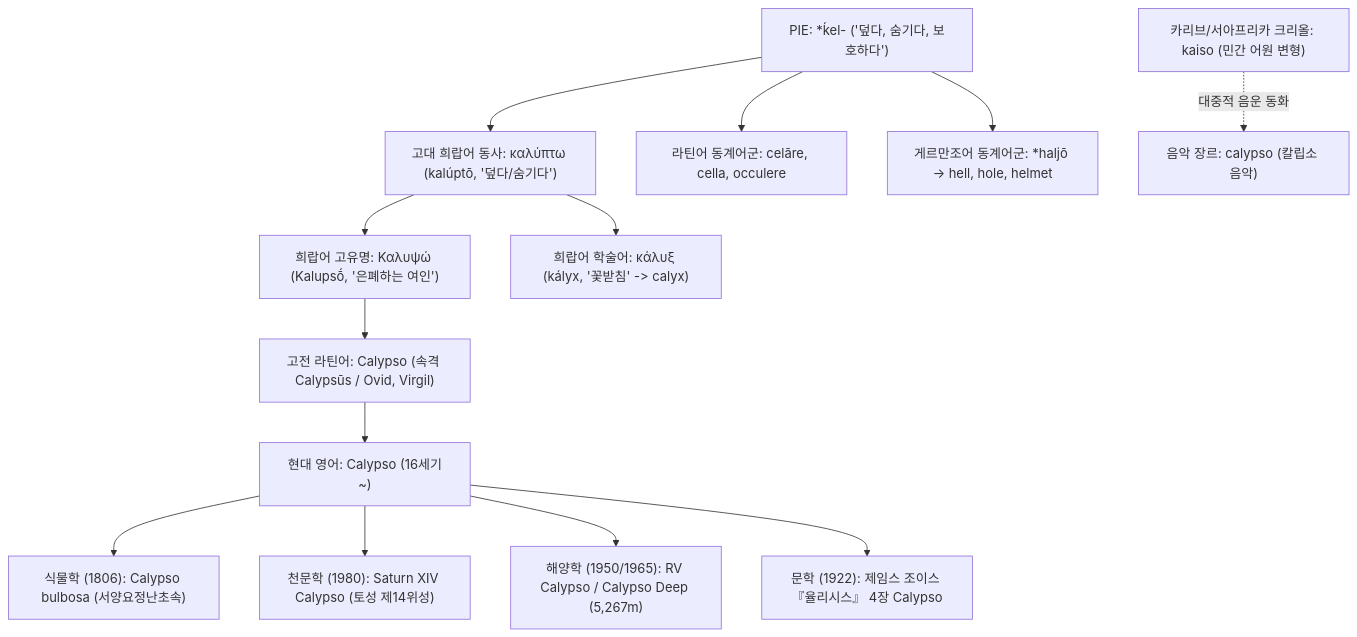
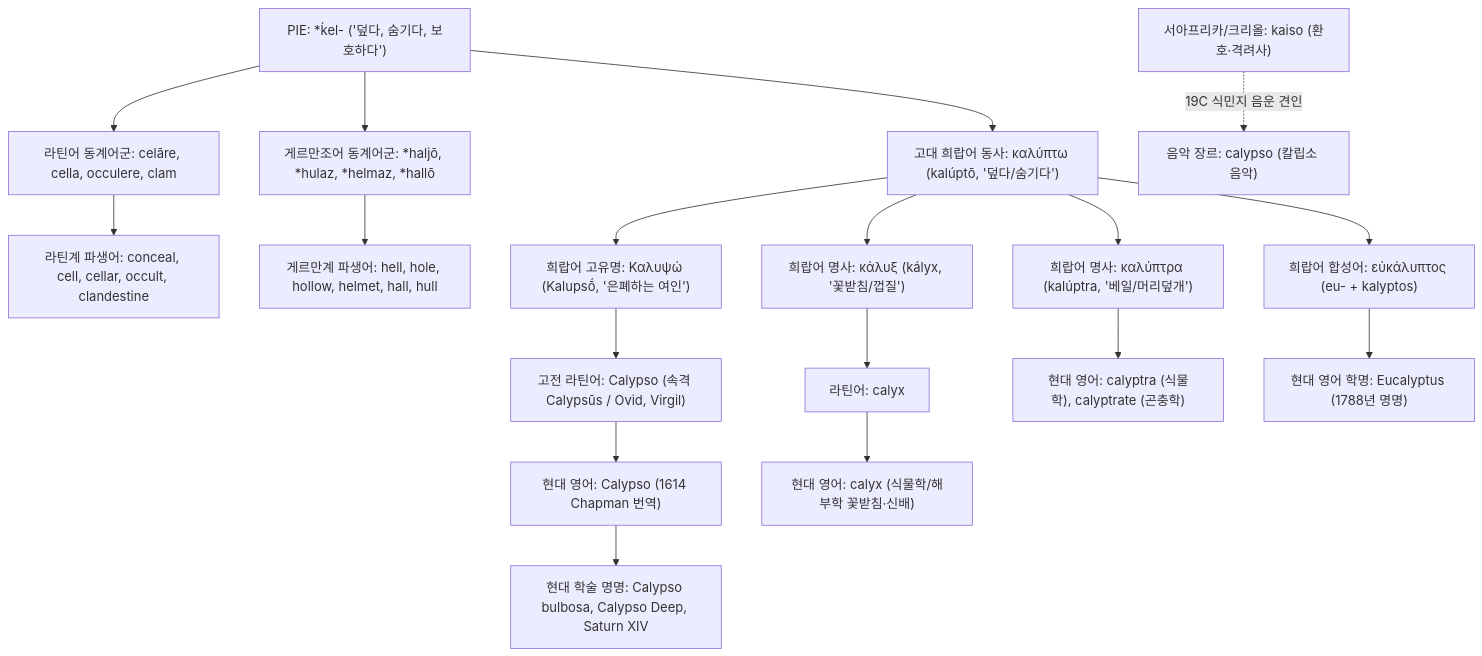
Before and after one commit to YgHnSIM/Homer_wiki: the diagram in words/word-calypso.md, drawn with Mermaid. The commit also changed other lines of this file and 1 other file, not shown here.

Commit message:
docs(words): 칼립소 어원 사전 엔티티 중복 최소화 및 형태론 재편성

````diff
--- a/words/word-calypso.md
+++ b/words/word-calypso.md
@@ -45,24 +45,29 @@
 ```mermaid
 graph TD
     %% 인도유럽조어 원어근
     PIE["PIE: *ḱel- ('덮다, 숨기다, 보호하다')"] --> GRK_V["고대 희랍어 동사: καλύπτω (kalúptō, '덮다/숨기다')"]
-    PIE --> LAT_ROOT["라틴어 동계어군: celāre, cella, occulere"]
-    PIE --> PGMC["게르만조어 동계어군: *haljō -> hell, hole, helmet"]
+    PIE --> LAT_ROOT["라틴어 동계어군: celāre, cella, occulere, clam"]
+    PIE --> PGMC["게르만조어 동계어군: *haljō, *hulaz, *helmaz, *hallō"]
 
-    %% 희랍어 인명 성립
-    GRK_V --> GRK_N["희랍어 고유명: Καλυψώ (Kalupsṓ, '은폐하는 여인')"]
-    GRK_V --> SCI_GRK["희랍어 학술어: κάλυξ (kályx, '꽃받침' -> calyx)"]
+    %% 게르만/라틴 현대 영어 파생
+    LAT_ROOT --> LAT_DERIV["라틴계 파생어: conceal, cell, cellar, occult, clandestine"]
+    PGMC --> PGMC_DERIV["게르만계 파생어: hell, hole, hollow, helmet, hall, hull"]
 
-    %% 라틴어 수용
-    GRK_N --> LAT["고전 라틴어: Calypso (속격 Calypsūs / Ovid, Virgil)"]
+    %% 희랍어 내부 파생
+    GRK_V --> GRK_EPONYM["희랍어 고유명: Καλυψώ (Kalupsṓ, '은폐하는 여인')"]
+    GRK_V --> GRK_CALYX["희랍어 명사: κάλυξ (kályx, '꽃받침/껍질')"]
+    GRK_V --> GRK_CALYPTRA["희랍어 명사: καλύπτρα (kalúptra, '베일/머리덮개')"]
+    GRK_V --> GRK_EU["희랍어 합성어: εὐκάλυπτος (eu- + kalyptos)"]
 
-    %% 현대 영어 정착 및 전문 분야 분기
-    LAT --> MOD["현대 영어: Calypso (16세기~)"]
-    MOD --> BOT["식물학 (1806): Calypso bulbosa (서양요정난초속)"]
-    MOD --> ASTRO["천문학 (1980): Saturn XIV Calypso (토성 제14위성)"]
-    MOD --> OCEAN["해양학 (1950/1965): RV Calypso / Calypso Deep (5,267m)"]
-    MOD --> LIT["문학 (1922): 제임스 조이스 『율리시스』 4장 Calypso"]
+    %% 라틴어 경유 현대 영어 정착
+    GRK_EPONYM --> LAT_CALYPSO["고전 라틴어: Calypso (속격 Calypsūs / Ovid, Virgil)"]
+    LAT_CALYPSO --> MOD_CALYPSO["현대 영어: Calypso (1614 Chapman 번역)"]
+    MOD_CALYPSO --> SCI_EPONYMS["현대 학술 명명: Calypso bulbosa, Calypso Deep, Saturn XIV"]
 
-    %% 민간 어원 분기 경고
-    CARIB["카리브/서아프리카 크리올: kaiso (민간 어원 변형)"] -.->|대중적 음운 동화| CAL_MUSIC["음악 장르: calypso (칼립소 음악)"]
+    GRK_CALYX --> LAT_CALYX["라틴어: calyx"] --> MOD_CALYX["현대 영어: calyx (식물학/해부학 꽃받침·신배)"]
+    GRK_CALYPTRA --> MOD_CALYPTRA["현대 영어: calyptra (식물학), calyptrate (곤충학)"]
+    GRK_EU --> MOD_EUCALYPTUS["현대 영어 학명: Eucalyptus (1788년 명명)"]
+
+    %% 민간 어원 경고
+    CARIB["서아프리카/크리올: kaiso (환호·격려사)"] -.->|19C 식민지 음운 견인| CAL_MUSIC["음악 장르: calypso (칼립소 음악)"]
 ```
````
